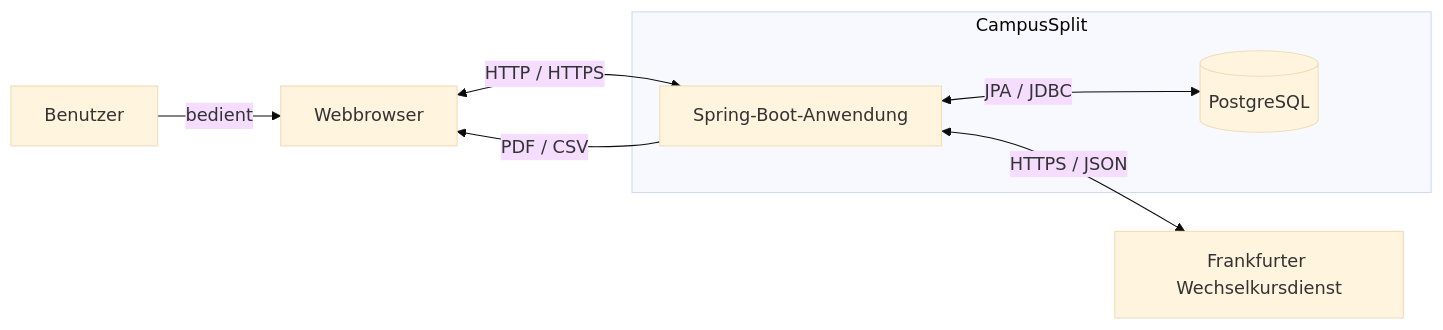
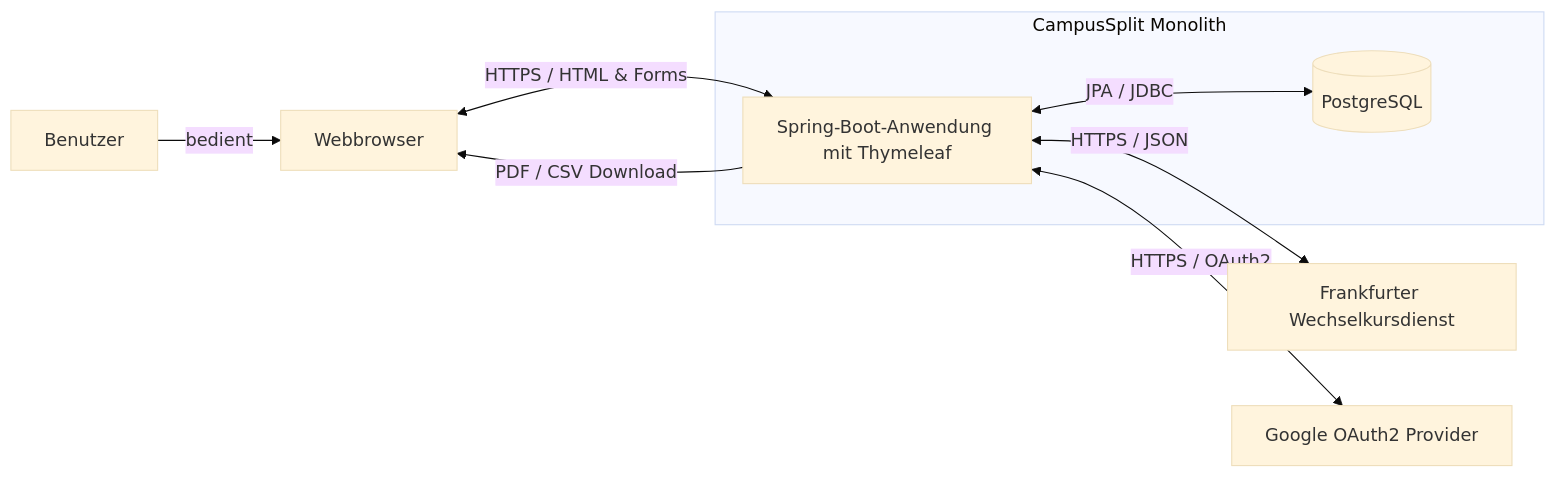
The second of 3 diagrams in Architektur/A03-context-and-scope.md (Bunyamin0101/WK_1106_CampusSplit), drawn with Mermaid (base theme) before and after one commit. The commit also changed other lines of this file, not shown here.

Commit message:
Revise technical context and web interface details
Updated technical context and web interface sections to reflect the use of a monolithic deployable with Spring Boot and Thymeleaf, and clarified communication methods between the web browser and server-side application.

````diff
--- a/Architektur/A03-context-and-scope.md
+++ b/Architektur/A03-context-and-scope.md
@@ -68,18 +66,20 @@
 ```mermaid
 flowchart LR
     USER[Benutzer]
     BROWSER[Webbrowser]
 
-    subgraph CS[CampusSplit]
-        APP[Spring-Boot-Anwendung]
+    subgraph CS[CampusSplit Monolith]
+        APP[Spring-Boot-Anwendung mit Thymeleaf]
         DB[(PostgreSQL)]
     end
 
     FX[Frankfurter Wechselkursdienst]
+    AUTH[Google OAuth2 Provider]
 
     USER -->|bedient| BROWSER
-    BROWSER <-->|HTTP / HTTPS| APP
+    BROWSER <-->|HTTPS / HTML & Forms| APP
     APP <-->|JPA / JDBC| DB
     APP <-->|HTTPS / JSON| FX
-    APP -->|PDF / CSV| BROWSER
+    APP <-->|HTTPS / OAuth2| AUTH
+    APP -->|PDF / CSV Download| BROWSER
 ```
````
